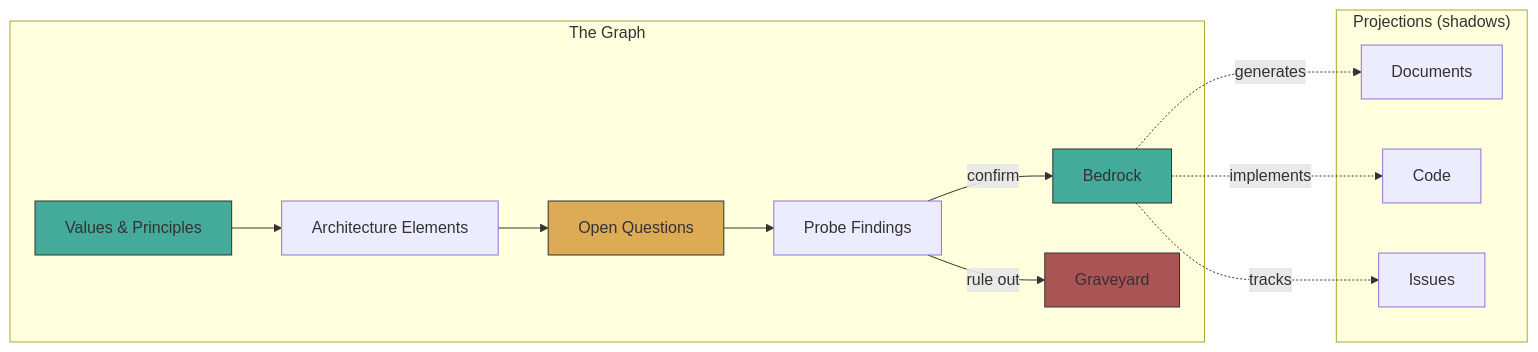
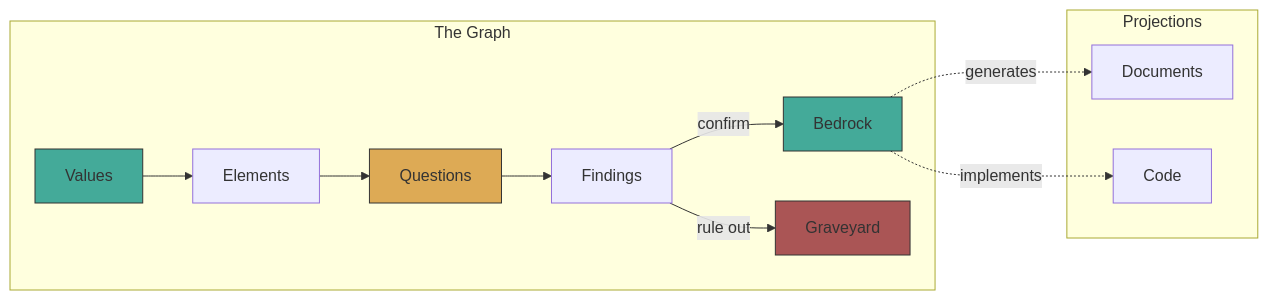
Before and after one commit to ArcavenAE/kos: the diagram in README.md, drawn with Mermaid. The commit also changed other lines of this file, not shown here.

````diff
--- a/README.md
+++ b/README.md
@@ -20,25 +17,23 @@
 ```mermaid
 graph LR
     subgraph "The Graph"
-        V[Values & Principles] --> E[Architecture Elements]
-        E --> Q[Open Questions]
-        Q --> P[Probe Findings]
-        P -->|confirm| B[Bedrock]
-        P -->|rule out| G[Graveyard]
+        V[Values] --> E[Elements]
+        E --> Q[Questions]
+        Q --> F[Findings]
+        F -->|confirm| B[Bedrock]
+        F -->|rule out| G[Graveyard]
     end
 
-    subgraph "Projections (shadows)"
+    subgraph "Projections"
         D[Documents]
         C[Code]
-        I[Issues]
     end
 
     B -.->|generates| D
     B -.->|implements| C
-    B -.->|tracks| I
 
     style V fill:#4a9,stroke:#333
     style B fill:#4a9,stroke:#333
     style G fill:#a55,stroke:#333
     style Q fill:#da5,stroke:#333
 ```
````
